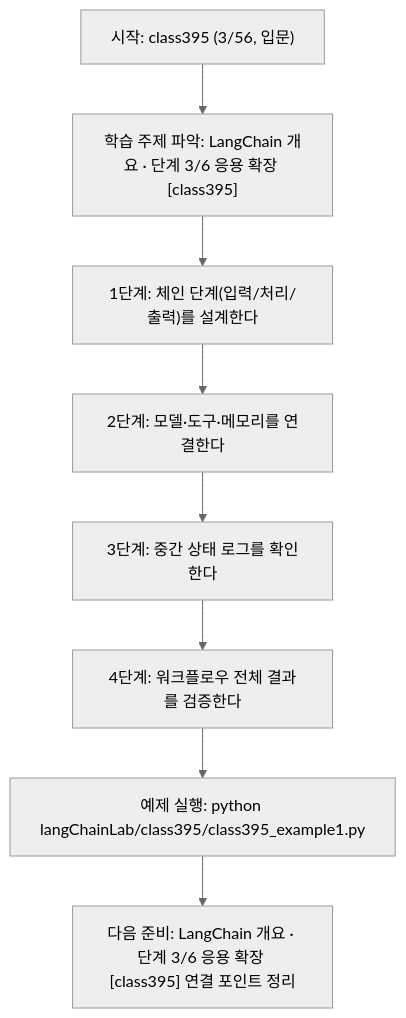
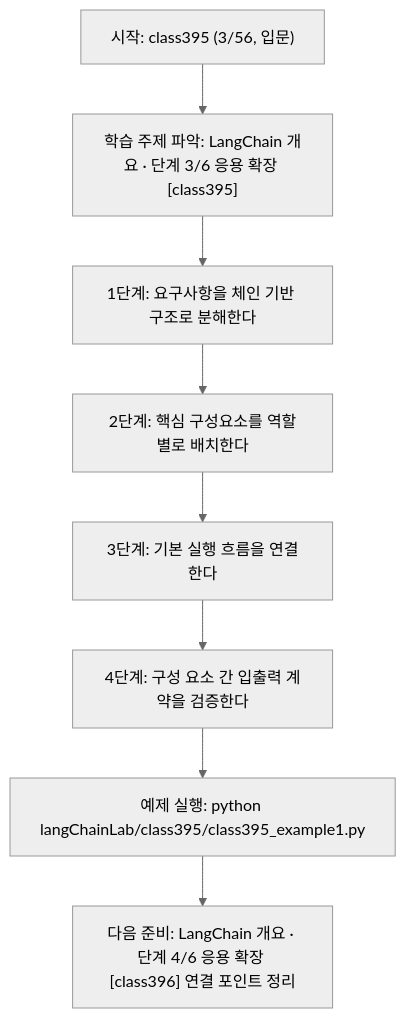
Before and after one commit to edumgt/Python-AI_Agent-Class: the diagram in langChainLab/class395/class395.md, drawn with Mermaid (neutral theme). The commit also changed other lines of this file and 395 other files, not shown here.

````diff
--- a/langChainLab/class395/class395.md
+++ b/langChainLab/class395/class395.md
@@ -109,18 +91,18 @@
 ```mermaid
 flowchart TD
 N1["시작: class395 (3/56, 입문)"]
 N2["학습 주제 파악: LangChain 개요 · 단계 3/6 응용 확장 [class395]"]
-N3["1단계: 체인 단계(입력/처리/출력)를 설계한다"]
-N4["2단계: 모델·도구·메모리를 연결한다"]
-N5["3단계: 중간 상태 로그를 확인한다"]
-N6["4단계: 워크플로우 전체 결과를 검증한다"]
+N3["1단계: 요구사항을 체인 기반 구조로 분해한다"]
+N4["2단계: 핵심 구성요소를 역할별로 배치한다"]
+N5["3단계: 기본 실행 흐름을 연결한다"]
+N6["4단계: 구성 요소 간 입출력 계약을 검증한다"]
 N7["예제 실행: python langChainLab/class395/class395_example1.py"]
-N8["다음 준비: LangChain 개요 · 단계 3/6 응용 확장 [class395] 연결 포인트 정리"]
+N8["다음 준비: LangChain 개요 · 단계 4/6 응용 확장 [class396] 연결 포인트 정리"]
 N1 --> N2
 N2 --> N3
 N3 --> N4
 N4 --> N5
 N5 --> N6
 N6 --> N7
 N7 --> N8
 ```
````
